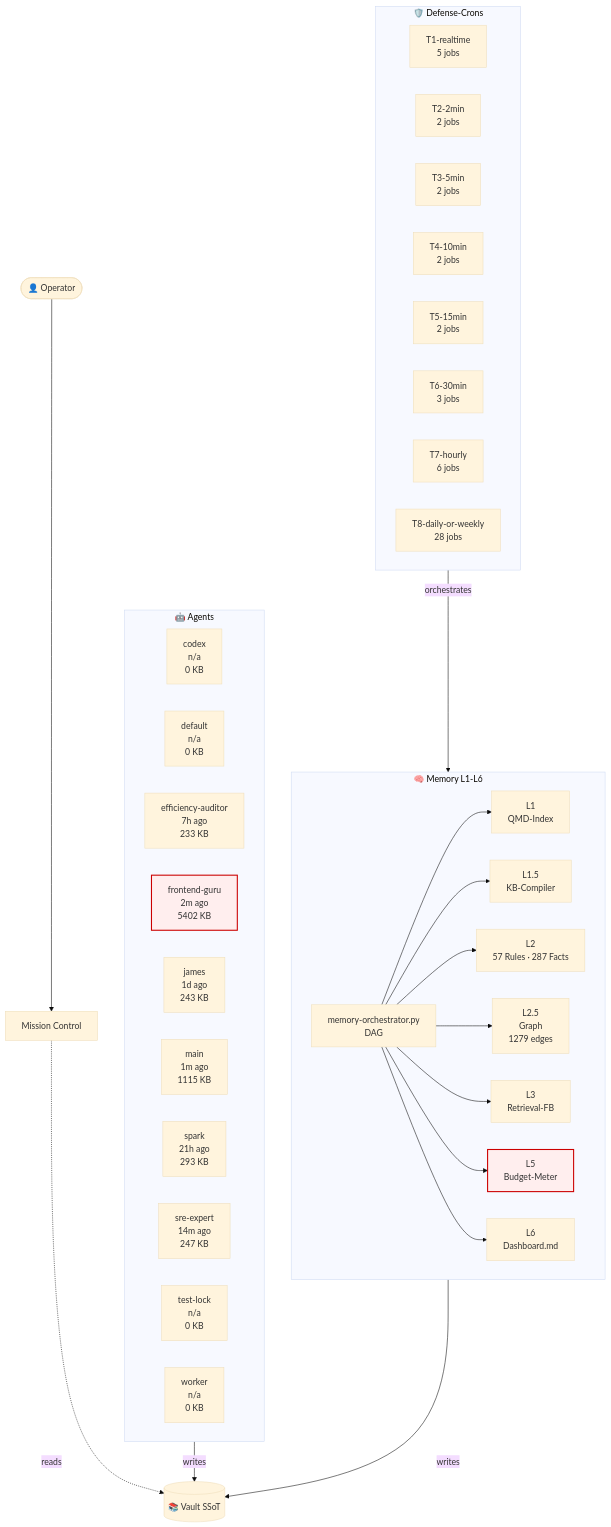
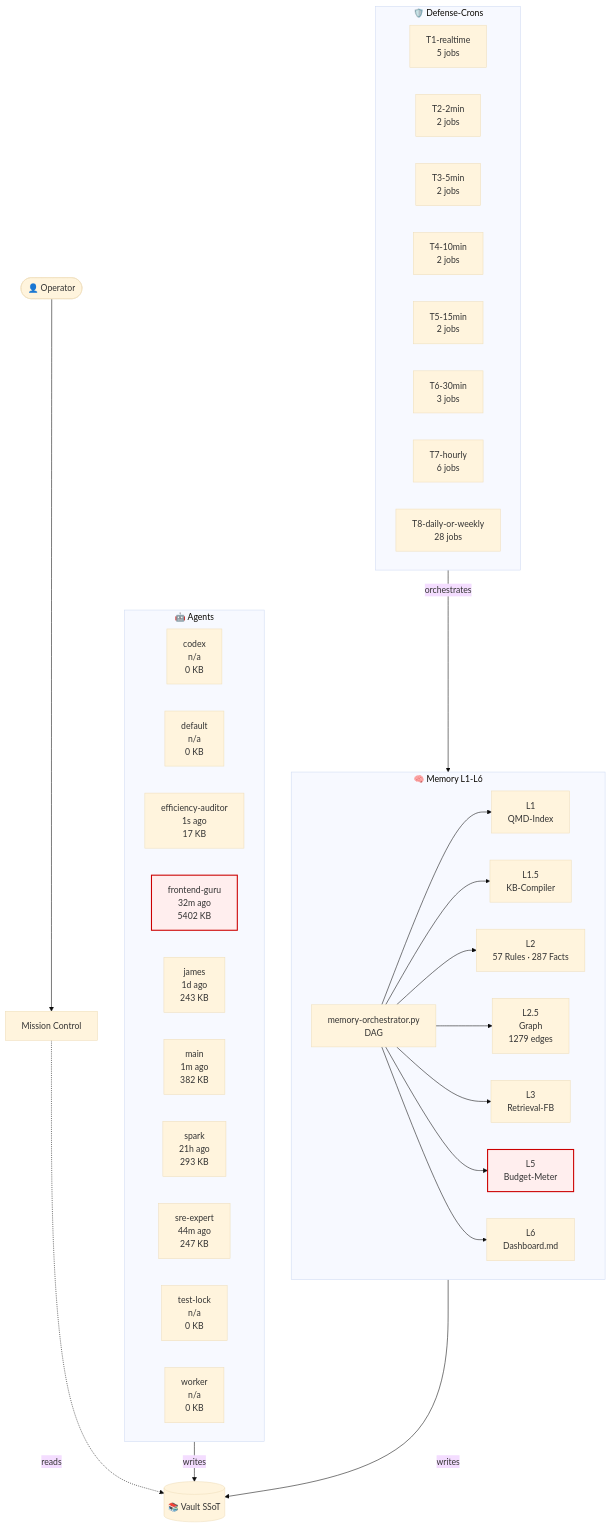
One commit to lenardhuebner88-rgb/openclaw-memory changed the diagram in 03-Agents/architecture-live.md. Above: the diagram before and after it, drawn with Mermaid (base theme). The commit also changed other lines of this file and 5 other files, not shown here.

````diff
--- a/03-Agents/architecture-live.md
+++ b/03-Agents/architecture-live.md
@@ -18,53 +18,53 @@
 ```mermaid
 flowchart TB
     classDef critical fill:#fee,stroke:#c00,stroke-width:2px;
     subgraph AGT["🤖 Agents"]
         agent_codex["codex<br/>n/a<br/>0 KB"]
         agent_default["default<br/>n/a<br/>0 KB"]
-        agent_efficiency_auditor["efficiency-auditor<br/>7h ago<br/>233 KB"]
-        agent_frontend_guru["frontend-guru<br/>2m ago<br/>5402 KB"]
+        agent_efficiency_auditor["efficiency-auditor<br/>1s ago<br/>17 KB"]
+        agent_frontend_guru["frontend-guru<br/>32m ago<br/>5402 KB"]
         agent_james["james<br/>1d ago<br/>243 KB"]
-        agent_main["main<br/>1m ago<br/>1115 KB"]
+        agent_main["main<br/>1m ago<br/>382 KB"]
         agent_spark["spark<br/>21h ago<br/>293 KB"]
-        agent_sre_expert["sre-expert<br/>14m ago<br/>247 KB"]
+        agent_sre_expert["sre-expert<br/>44m ago<br/>247 KB"]
         agent_test_lock["test-lock<br/>n/a<br/>0 KB"]
         agent_worker["worker<br/>n/a<br/>0 KB"]
     end
     subgraph MEM["🧠 Memory L1-L6"]
         L1["L1<br/>QMD-Index"]
         L15["L1.5<br/>KB-Compiler"]
         L2["L2<br/>57 Rules · 287 Facts"]
         L25["L2.5<br/>Graph<br/>1279 edges"]
         L3["L3<br/>Retrieval-FB"]
         L5["L5<br/>Budget-Meter"]
         L6["L6<br/>Dashboard.md"]
         ORCH["memory-orchestrator.py<br/>DAG"]
     end
     subgraph CRN["🛡️ Defense-Crons"]
         tier_T1_realtime["T1-realtime<br/>5 jobs"]
         tier_T2_2min["T2-2min<br/>2 jobs"]
         tier_T3_5min["T3-5min<br/>2 jobs"]
         tier_T4_10min["T4-10min<br/>2 jobs"]
         tier_T5_15min["T5-15min<br/>2 jobs"]
         tier_T6_30min["T6-30min<br/>3 jobs"]
         tier_T7_hourly["T7-hourly<br/>6 jobs"]
         tier_T8_daily_or_weekly["T8-daily-or-weekly<br/>28 jobs"]
     end
     VAULT[("📚 Vault SSoT")]
     OP([👤 Operator])
     MC["Mission Control"]
     OP --> MC
     MC -.reads.-> VAULT
     AGT -->|writes| VAULT
     MEM -->|writes| VAULT
     ORCH --> L1
     ORCH --> L15
     ORCH --> L2
     ORCH --> L25
     ORCH --> L3
     ORCH --> L5
     ORCH --> L6
     CRN -->|orchestrates| MEM
     class L5 critical
     class agent_frontend_guru critical
 ```
````
